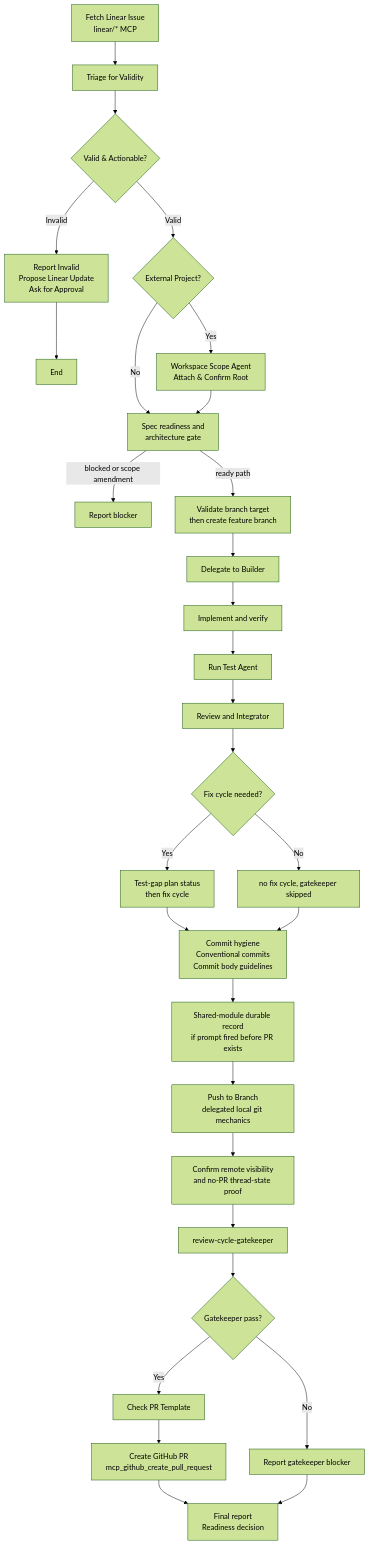
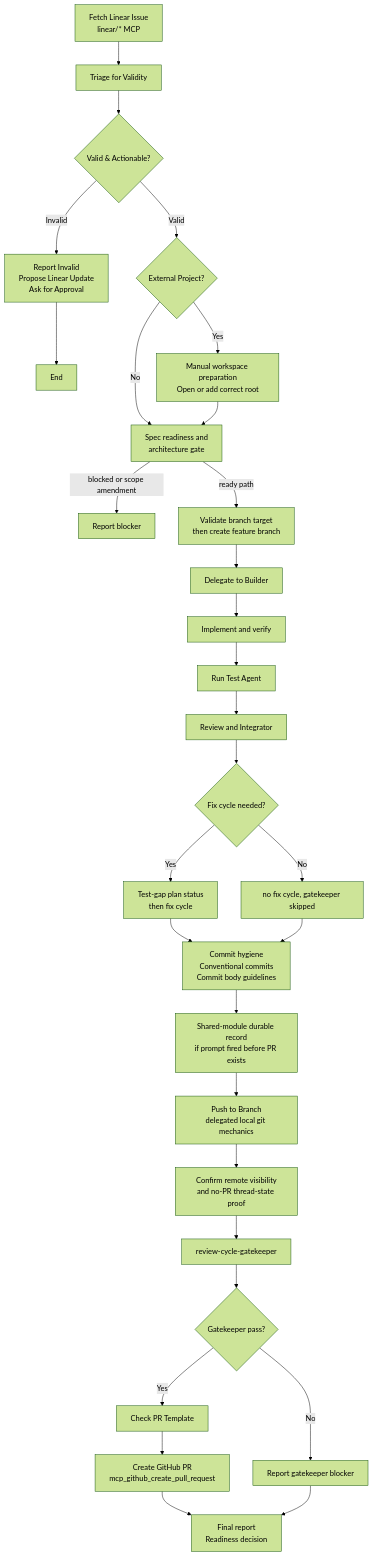
The fourth of 7 diagrams in agentic-engineering/docs/README.md (sjinks/agentic-engineering-pack), drawn with Mermaid (forest theme) before and after one commit. The commit also changed other lines of this file and 4 other files, not shown here.

First line of the commit message:
chore(agents)!: remove workspace scope agent

````diff
--- a/agentic-engineering/docs/README.md
+++ b/agentic-engineering/docs/README.md
@@ -192,32 +190,32 @@
 ```mermaid
 graph TD
     A["Fetch Linear Issue<br/>linear/* MCP"] --> B["Triage for Validity"]
     B --> C{Valid & Actionable?}
     C -->|Invalid| D["Report Invalid<br/>Propose Linear Update<br/>Ask for Approval"]
     D --> E["End"]
     C -->|Valid| X{"External Project?"}
-    X -->|Yes| Y["Workspace Scope Agent<br/>Attach & Confirm Root"]
+    X -->|Yes| Y["Manual workspace preparation<br/>Open or add correct root"]
     X -->|No| F["Spec readiness and<br/>architecture gate"]
     Y --> F
     F -->|"blocked or scope amendment"| L["Report blocker"]
     F -->|"ready path"| G["Validate branch target<br/>then create feature branch"]
     G --> H["Delegate to Builder"]
     H --> I["Implement and verify"]
     I --> J["Run Test Agent"]
     J --> K["Review and Integrator"]
     K --> M{"Fix cycle needed?"}
     M -->|Yes| N["Test-gap plan status<br/>then fix cycle"]
     N --> Q["Commit hygiene<br/>Conventional commits<br/>Commit body guidelines"]
     M -->|No| W["no fix cycle, gatekeeper skipped"]
     W --> Q
     Q --> R["Shared-module durable record<br/>if prompt fired before PR exists"]
     R --> S["Push to Branch<br/>delegated local git mechanics"]
     S --> SV["Confirm remote visibility<br/>and no-PR thread-state proof"]
     SV --> O["review-cycle-gatekeeper"]
     O --> P{"Gatekeeper pass?"}
     P -->|No| V["Report gatekeeper blocker"]
     P -->|Yes| T["Check PR Template"]
     T --> U["Create GitHub PR<br/>mcp_github_create_pull_request"]
     U --> Z["Final report<br/>Readiness decision"]
     V --> Z
 ```
````
